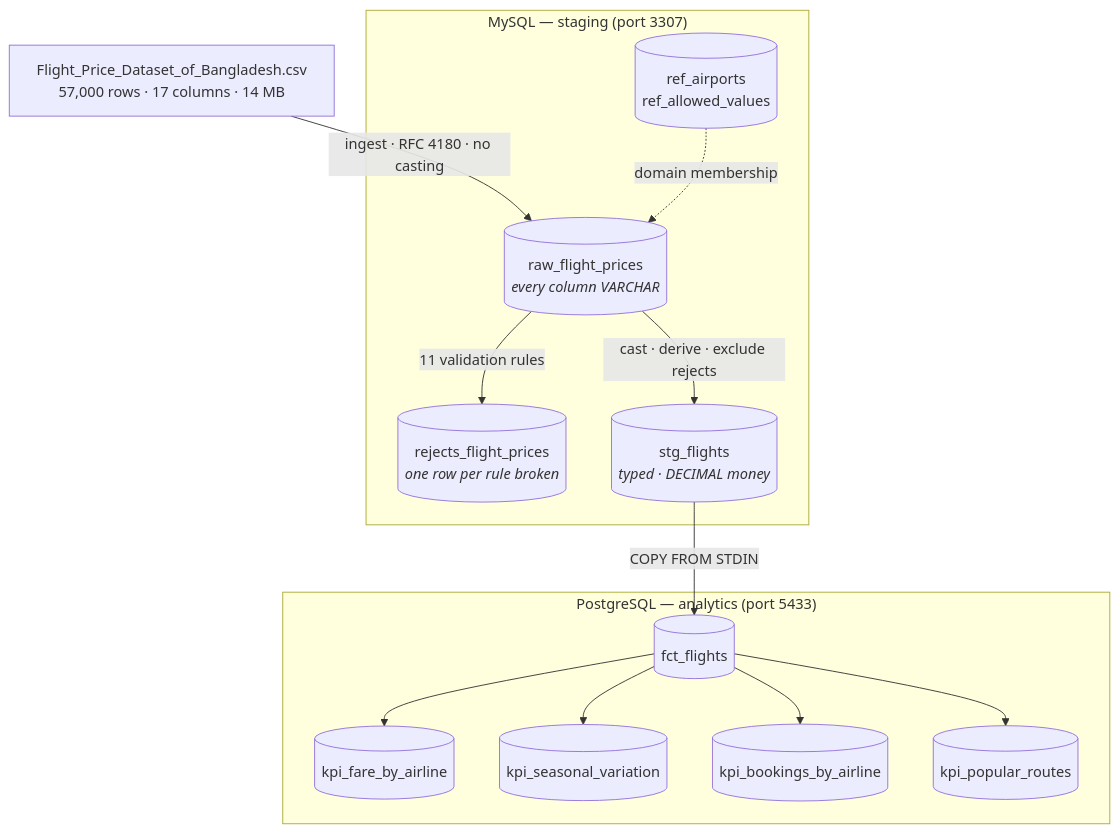
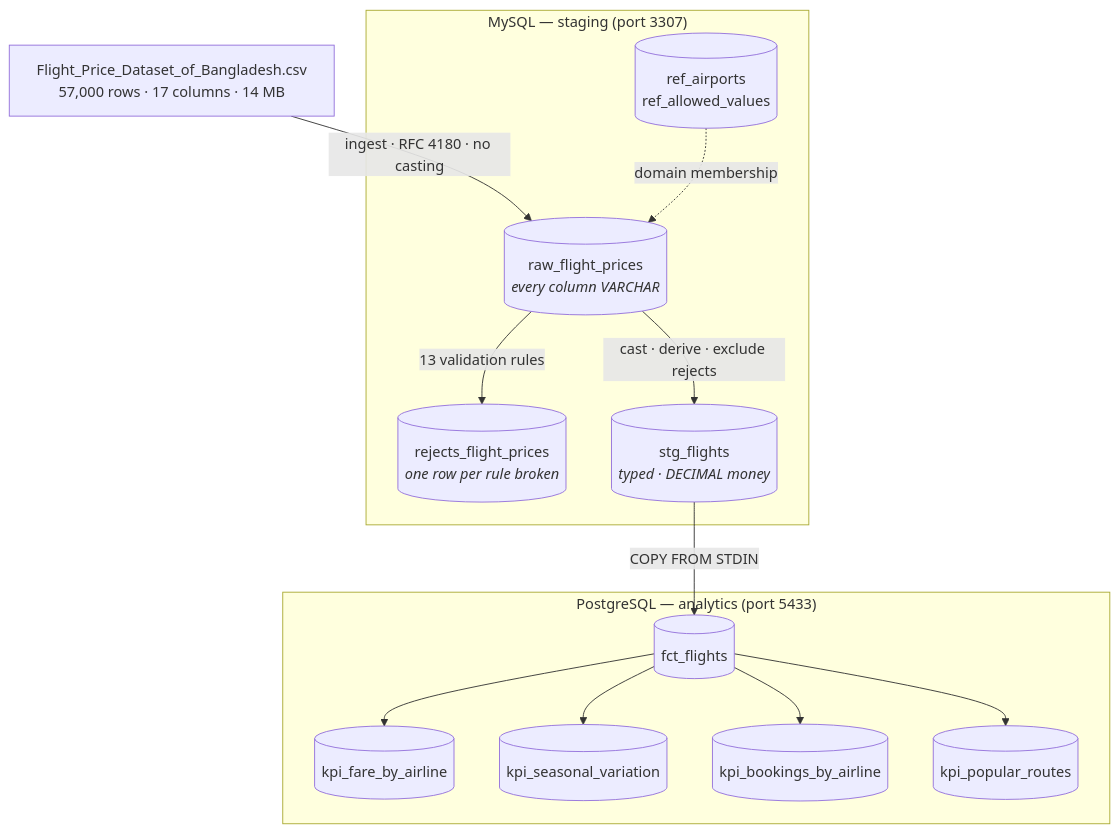
Before and after one commit to josephforson285/airflow-flight-price-analysis: the diagram in README.md, drawn with Mermaid. The commit also changed other lines of this file and 14 other files, not shown here.

````diff
--- a/README.md
+++ b/README.md
@@ -39,29 +39,29 @@
 ```mermaid
 flowchart TD
     CSV["Flight_Price_Dataset_of_Bangladesh.csv<br>57,000 rows · 17 columns · 14 MB"]
 
     subgraph staging["MySQL — staging (port 3307)"]
         RAW[("raw_flight_prices<br><i>every column VARCHAR</i>")]
         REJ[("rejects_flight_prices<br><i>one row per rule broken</i>")]
         STG[("stg_flights<br><i>typed · DECIMAL money</i>")]
         REF[("ref_airports<br>ref_allowed_values")]
     end
 
     subgraph analytics["PostgreSQL — analytics (port 5433)"]
         FCT[("fct_flights")]
         K1[("kpi_fare_by_airline")]
         K2[("kpi_seasonal_variation")]
         K3[("kpi_bookings_by_airline")]
         K4[("kpi_popular_routes")]
     end
 
     CSV -->|"ingest · RFC 4180 · no casting"| RAW
     REF -.->|"domain membership"| RAW
-    RAW -->|"11 validation rules"| REJ
+    RAW -->|"13 validation rules"| REJ
     RAW -->|"cast · derive · exclude rejects"| STG
     STG -->|"COPY FROM STDIN"| FCT
     FCT --> K1
     FCT --> K2
     FCT --> K3
     FCT --> K4
 ```
````
